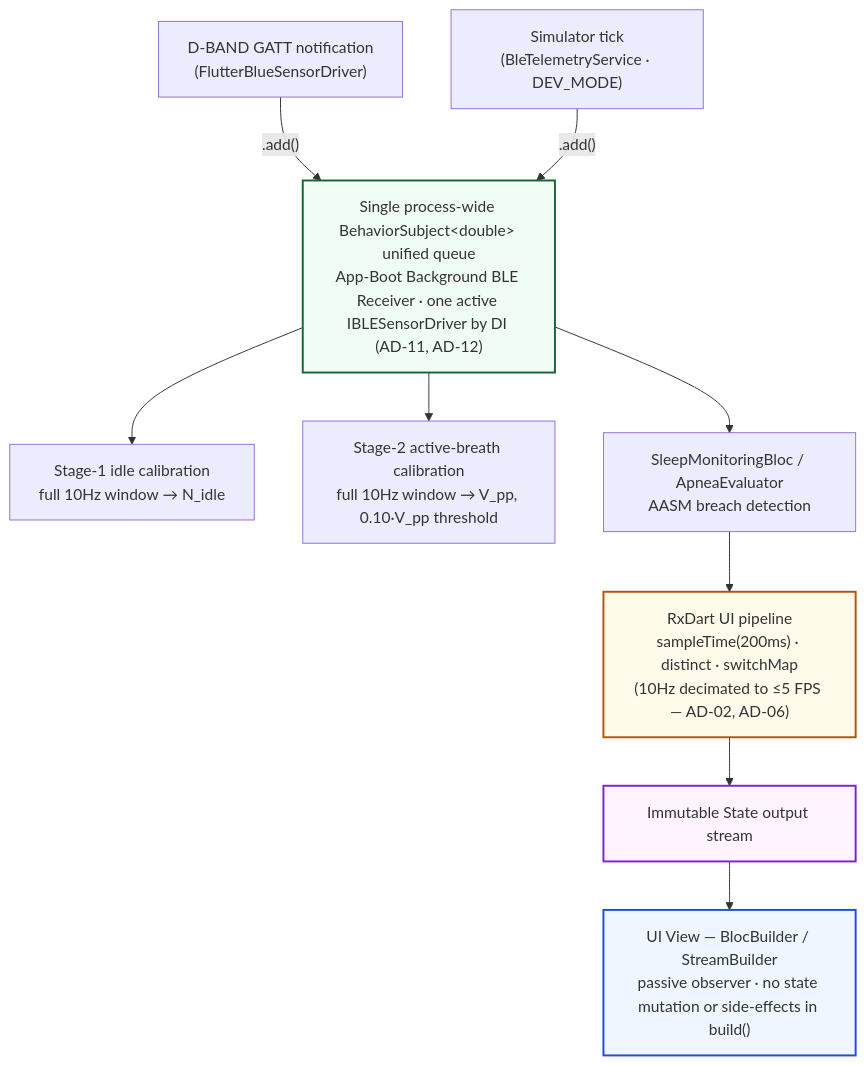
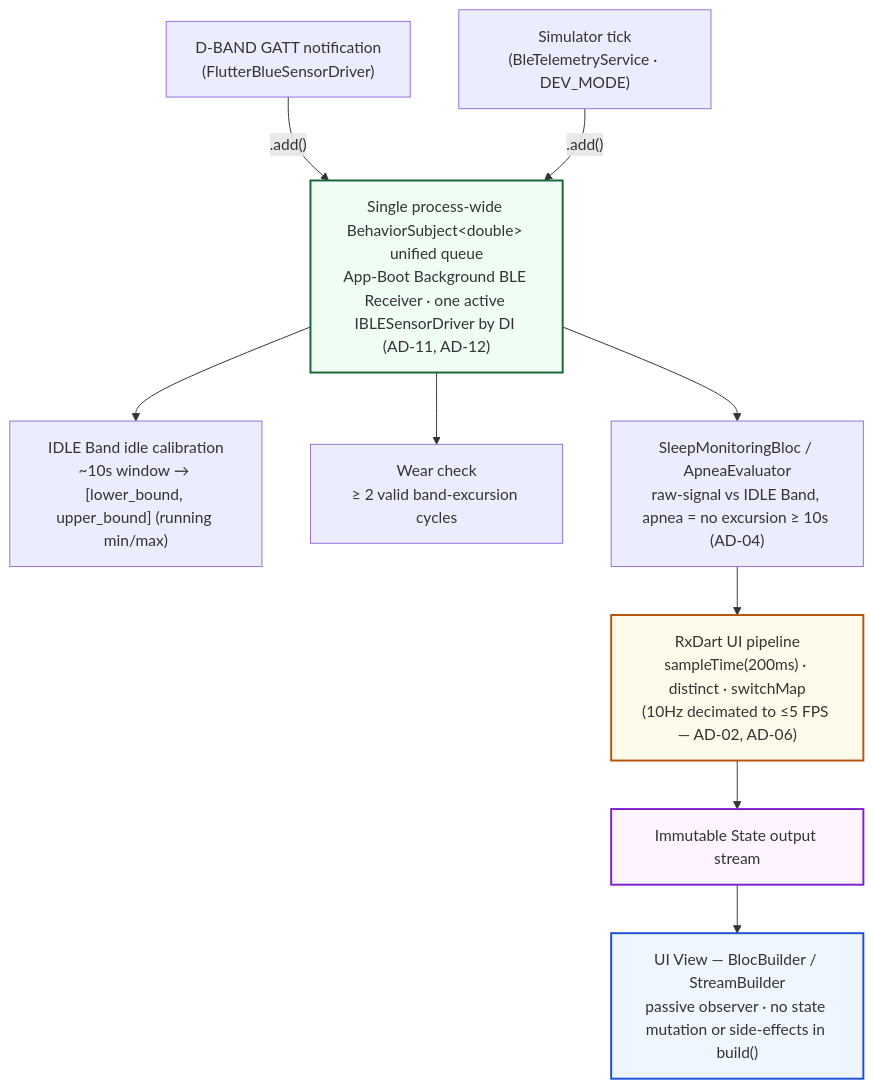
Before and after one commit to reidlai/masker-app: diagram 14 of 19 in _bmad-output/architecture/ARCHITECTURE-SPINE.md, drawn with Mermaid. The commit also changed other lines of this file and 1 other file, not shown here.

First line of the commit message:
docs(architecture): fold IDLE Band signal model into spine (v21.0.0)

````diff
--- a/_bmad-output/architecture/ARCHITECTURE-SPINE.md
+++ b/_bmad-output/architecture/ARCHITECTURE-SPINE.md
@@ -1722,26 +1692,26 @@
 ```mermaid
 graph TD
     GATT["D-BAND GATT notification<br/>(FlutterBlueSensorDriver)"]
     Sim["Simulator tick<br/>(BleTelemetryService · DEV_MODE)"]
     Queue["Single process-wide BehaviorSubject&lt;double&gt; unified queue<br/>App-Boot Background BLE Receiver · one active IBLESensorDriver by DI (AD-11, AD-12)"]
-    Stage1["Stage-1 idle calibration<br/>full 10Hz window → N_idle"]
-    Stage2["Stage-2 active-breath calibration<br/>full 10Hz window → V_pp, 0.10·V_pp threshold"]
-    Monitor["SleepMonitoringBloc / ApneaEvaluator<br/>AASM breach detection"]
+    Stage1["IDLE Band idle calibration<br/>~10s window → [lower_bound, upper_bound] (running min/max)"]
+    Stage2["Wear check<br/>≥ 2 valid band-excursion cycles"]
+    Monitor["SleepMonitoringBloc / ApneaEvaluator<br/>raw-signal vs IDLE Band, apnea = no excursion ≥ 10s (AD-04)"]
     Pipeline["RxDart UI pipeline<br/>sampleTime(200ms) · distinct · switchMap<br/>(10Hz decimated to ≤5 FPS — AD-02, AD-06)"]
     State["Immutable State output stream"]
     View["UI View — BlocBuilder / StreamBuilder<br/>passive observer · no state mutation or side-effects in build()"]
 
     GATT -- ".add()" --> Queue
     Sim -- ".add()" --> Queue
     Queue --> Stage1
     Queue --> Stage2
     Queue --> Monitor
     Monitor --> Pipeline
     Pipeline --> State
     State --> View
 
     style Queue fill:#F0FDF4,stroke:#166534,stroke-width:2px
     style Pipeline fill:#FFFBEB,stroke:#B45309,stroke-width:2px
     style State fill:#FDF4FF,stroke:#7E22CE,stroke-width:2px
     style View fill:#EFF6FF,stroke:#1D4ED8,stroke-width:2px
 ```
````
